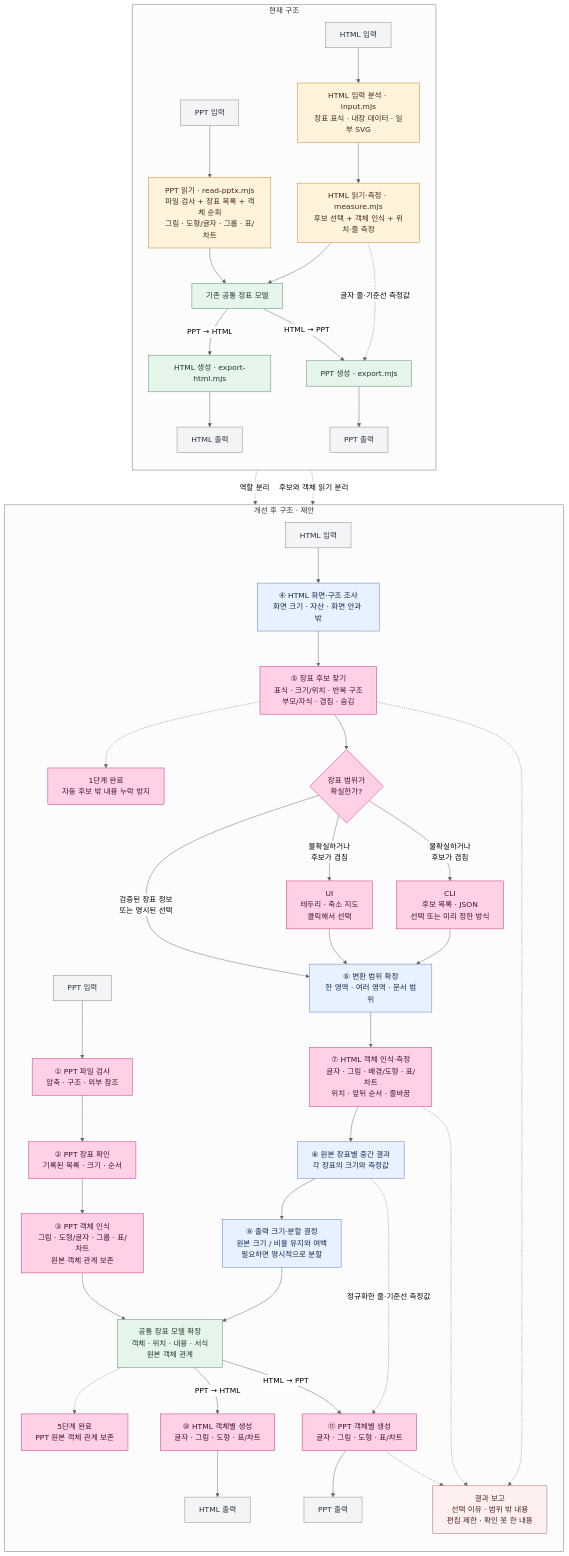
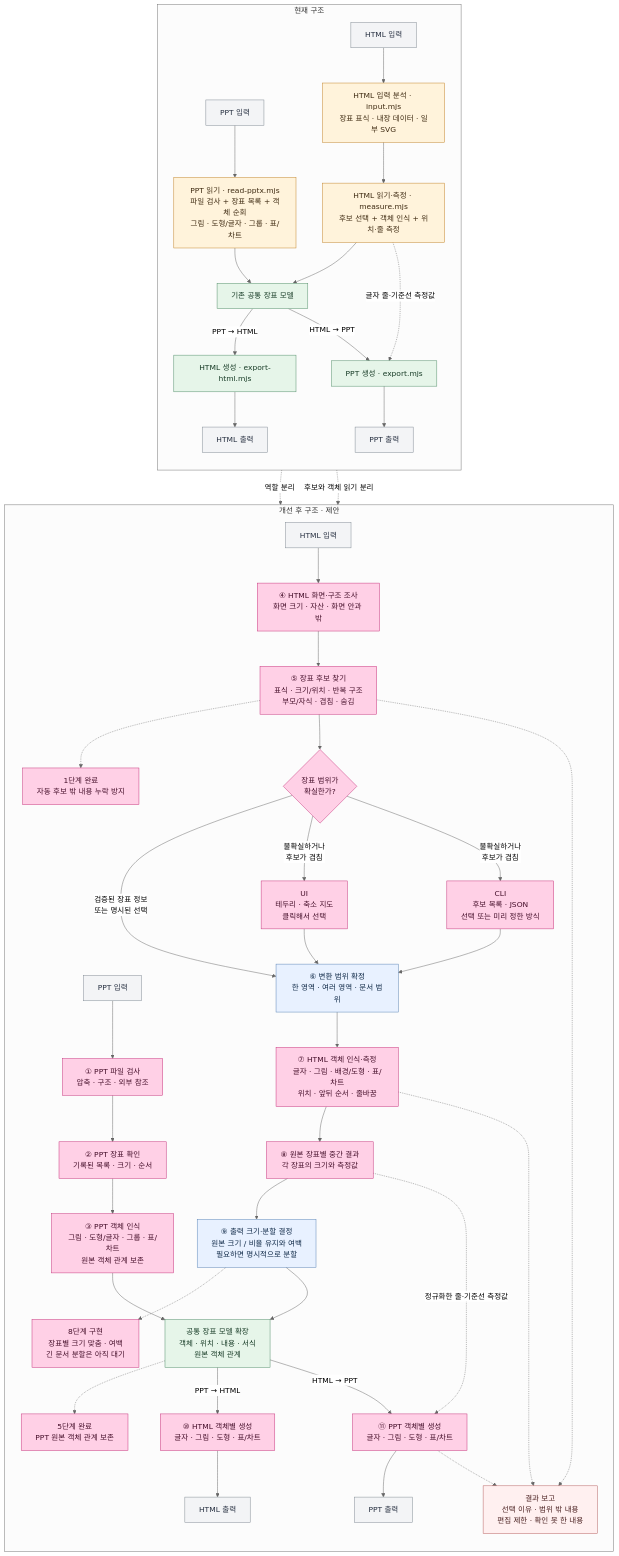
Before and after one commit to Kyuhan1230/ppt-again: the diagram in docs/architecture/refactor-progress.md, drawn with Mermaid (neutral theme). The commit also changed other lines of this file and 29 other files, not shown here.

````diff
--- a/docs/architecture/refactor-progress.md
+++ b/docs/architecture/refactor-progress.md
@@ -5,62 +5,63 @@
 ```mermaid
 flowchart TB
   subgraph CURRENT["현재 구조"]
     direction TB
     CP["PPT 입력"] --> CPR["PPT 읽기 · read-pptx.mjs<br/>파일 검사 + 장표 목록 + 객체 순회<br/>그림 · 도형/글자 · 그룹 · 표/차트"]
     CH["HTML 입력"] --> CHI["HTML 입력 분석 · input.mjs<br/>장표 표식 · 내장 데이터 · 일부 SVG"]
     CHI --> CHM["HTML 읽기·측정 · measure.mjs<br/>후보 선택 + 객체 인식 + 위치·줄 측정"]
     CPR --> CM["기존 공통 장표 모델"]
     CHM --> CM
     CM -->|"PPT → HTML"| CHW["HTML 생성 · export-html.mjs"]
     CHW --> CHO["HTML 출력"]
     CM -->|"HTML → PPT"| CPW["PPT 생성 · export.mjs"]
     CHM -.->|"글자 줄·기준선 측정값"| CPW
     CPW --> CPO["PPT 출력"]
   end
 
   subgraph PROPOSED["개선 후 구조 · 제안"]
     direction TB
     NP["PPT 입력"] --> NPC["① PPT 파일 검사<br/>압축 · 구조 · 외부 참조"]
     NPC --> NPS["② PPT 장표 확인<br/>기록된 목록 · 크기 · 순서"]
     NPS --> NPO["③ PPT 객체 인식<br/>그림 · 도형/글자 · 그룹 · 표/차트<br/>원본 객체 관계 보존"]
     NH["HTML 입력"] --> NHR["④ HTML 화면·구조 조사<br/>화면 크기 · 자산 · 화면 안과 밖"]
     NHR --> NHC["⑤ 장표 후보 찾기<br/>표식 · 크기/위치 · 반복 구조<br/>부모/자식 · 겹침 · 숨김"]
     NHC -.-> ST1["1단계 완료<br/>자동 후보 밖 내용 누락 방지"]
     NHC --> ND{"장표 범위가<br/>확실한가?"}
     ND -->|"검증된 장표 정보<br/>또는 명시된 선택"| NS["⑥ 변환 범위 확정<br/>한 영역 · 여러 영역 · 문서 범위"]
     ND -->|"불확실하거나<br/>후보가 겹침"| NUI["UI<br/>테두리 · 축소 지도<br/>클릭해서 선택"]
     ND -->|"불확실하거나<br/>후보가 겹침"| NCLI["CLI<br/>후보 목록 · JSON<br/>선택 또는 미리 정한 방식"]
     NUI --> NS
     NCLI --> NS
     NS --> NHO["⑦ HTML 객체 인식·측정<br/>글자 · 그림 · 배경/도형 · 표/차트<br/>위치 · 앞뒤 순서 · 줄바꿈"]
     NHO --> NI["⑧ 원본 장표별 중간 결과<br/>각 장표의 크기와 측정값"]
     NI --> NFIT["⑨ 출력 크기·분할 결정<br/>원본 크기 / 비율 유지와 여백<br/>필요하면 명시적으로 분할"]
+    NFIT -.-> ST8["8단계 구현<br/>장표별 크기 맞춤 · 여백<br/>긴 문서 분할은 아직 대기"]
     NFIT --> NM["공통 장표 모델 확장<br/>객체 · 위치 · 내용 · 서식<br/>원본 객체 관계"]
     NPO --> NM
     NM -.-> ST5["5단계 완료<br/>PPT 원본 객체 관계 보존"]
     NM -->|"PPT → HTML"| NHW["⑩ HTML 객체별 생성<br/>글자 · 그림 · 도형 · 표/차트"]
     NHW --> NHOOUT["HTML 출력"]
     NM -->|"HTML → PPT"| NPW["⑪ PPT 객체별 생성<br/>글자 · 그림 · 도형 · 표/차트"]
     NI -.->|"정규화한 줄·기준선 측정값"| NPW
     NPW --> NPOUT["PPT 출력"]
     NHC -.-> REPORT["결과 보고<br/>선택 이유 · 범위 밖 내용<br/>편집 제한 · 확인 못 한 내용"]
     NHO -.-> REPORT
     NPW -.-> REPORT
   end
 
   CPR -.->|"역할 분리"| NPC
   CHM -.->|"후보와 객체 읽기 분리"| NHR
   classDef input fill:#f3f4f6,stroke:#7d8790,color:#283142
   classDef current fill:#fff3db,stroke:#c18124,color:#3f2b12
   classDef proposed fill:#e8f1ff,stroke:#557fb3,color:#102a48
   classDef common fill:#e6f5e9,stroke:#4e8b66,color:#183c27
   classDef choice fill:#f4edff,stroke:#8767ad,color:#36254b
   classDef report fill:#fff0f0,stroke:#b35b5b,color:#4a2020
   classDef done fill:#ffd0e6,stroke:#c42e78,color:#46102b
   class CP,CH,CHO,CPO,NP,NH,NHOOUT,NPOUT input
   class CPR,CHI,CHM current
-  class NHR,NS,NI,NFIT proposed
+  class NS,NFIT proposed
   class CM,CHW,CPW,NM common
   class REPORT report
-  class ST1,ST5,NHC,ND,NUI,NCLI,NHO,NPC,NPS,NPO,NHW,NPW done
+  class ST1,ST5,ST8,NHR,NHC,ND,NUI,NCLI,NHO,NI,NPC,NPS,NPO,NHW,NPW done
 ```
````
